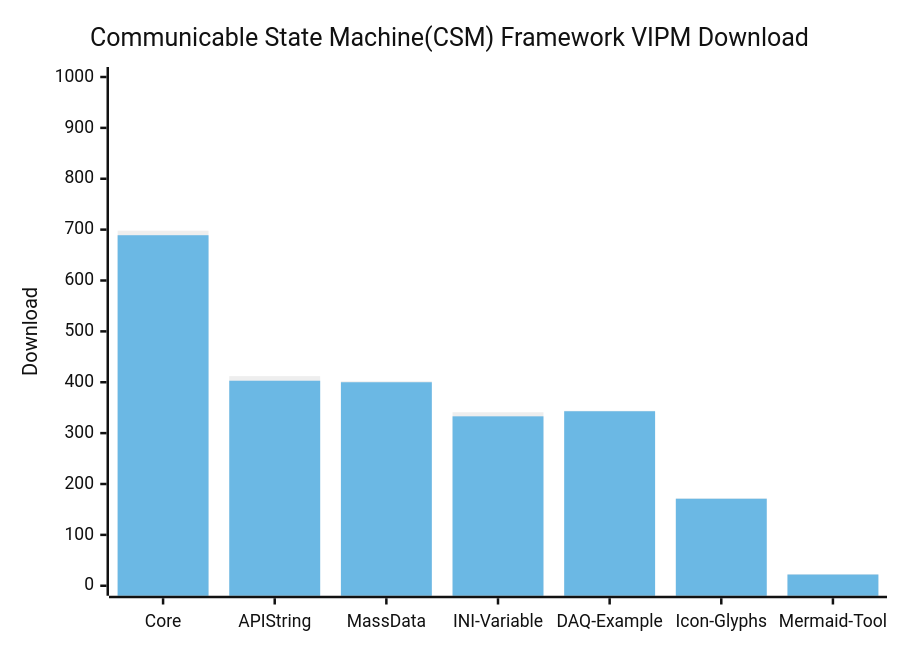
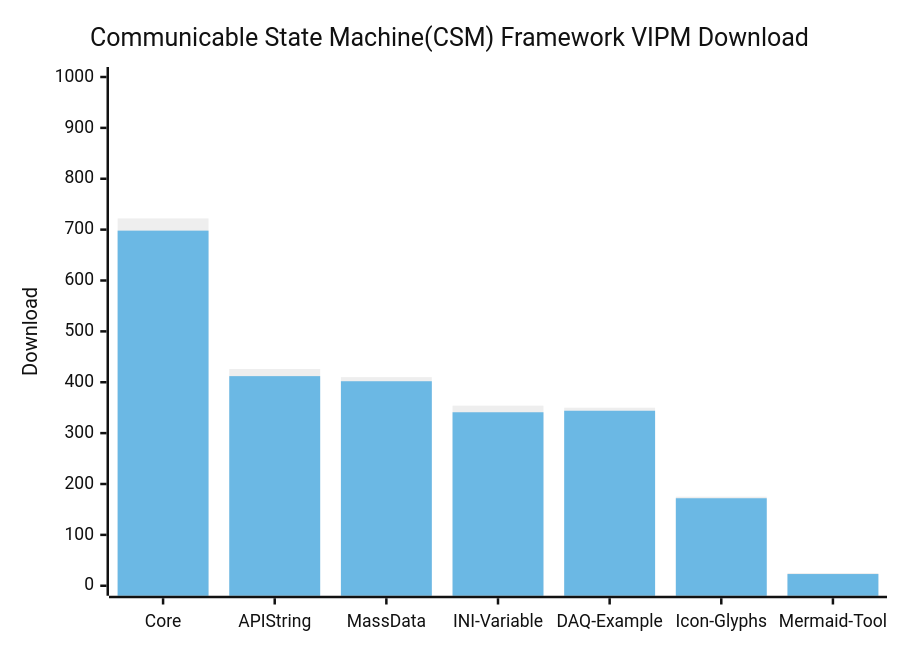
The diagram in profile/README.md (NEVSTOP-LAB/.github), drawn with Mermaid (neutral theme) before and after one commit.

````diff
--- a/profile/README.md
+++ b/profile/README.md
@@ -27,8 +27,8 @@
 ```mermaid
     xychart-beta
     title "Communicable State Machine(CSM) Framework VIPM Download"
     x-axis [Core, API String, MassData, INI-Variable, DAQ-Example, Icon-Glyphs, Mermaid-Tool]
     y-axis "Download" 0 --> 1000
+    bar   [722, 426, 410, 354, 350, 175, 25]
     bar   [698, 412, 402, 341, 344, 172, 23]
-    bar   [689, 403, 400, 333, 343, 171, 22]
 ```
````
